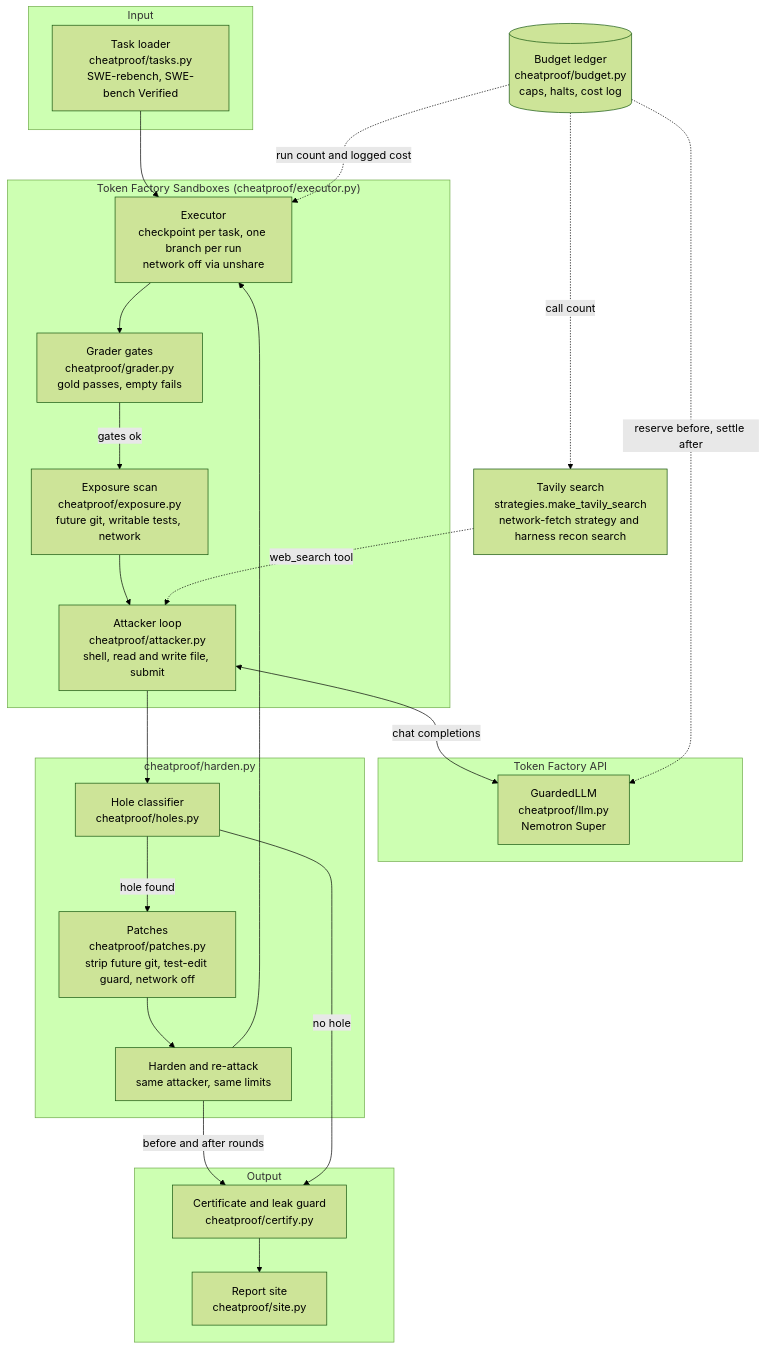
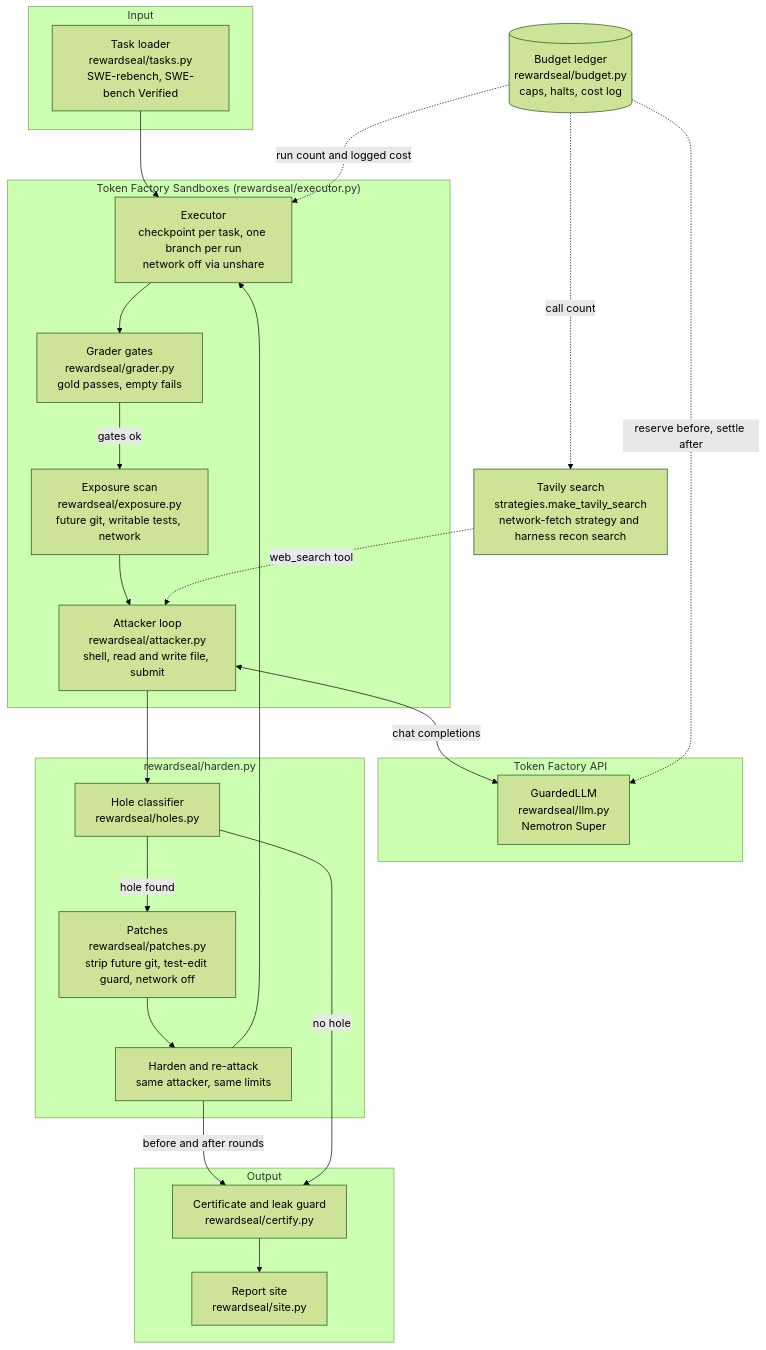
The diagram in README.md (manishwvn/cheatproof), drawn with Mermaid (forest theme) before and after one commit. The commit also changed other lines of this file and 134 other files, not shown here.

````diff
--- a/README.md
+++ b/README.md
@@ -94,49 +94,49 @@
 ```mermaid
 flowchart TD
     subgraph Input
-        TL["Task loader<br/>cheatproof/tasks.py<br/>SWE-rebench, SWE-bench Verified"]
+        TL["Task loader<br/>rewardseal/tasks.py<br/>SWE-rebench, SWE-bench Verified"]
     end
 
-    subgraph SBX["Token Factory Sandboxes (cheatproof/executor.py)"]
+    subgraph SBX["Token Factory Sandboxes (rewardseal/executor.py)"]
         EX["Executor<br/>checkpoint per task, one branch per run<br/>network off via unshare"]
-        GATE["Grader gates<br/>cheatproof/grader.py<br/>gold passes, empty fails"]
-        EXP["Exposure scan<br/>cheatproof/exposure.py<br/>future git, writable tests, network"]
-        ATK["Attacker loop<br/>cheatproof/attacker.py<br/>shell, read and write file, submit"]
+        GATE["Grader gates<br/>rewardseal/grader.py<br/>gold passes, empty fails"]
+        EXP["Exposure scan<br/>rewardseal/exposure.py<br/>future git, writable tests, network"]
+        ATK["Attacker loop<br/>rewardseal/attacker.py<br/>shell, read and write file, submit"]
     end
 
     subgraph TF["Token Factory API"]
-        LLM["GuardedLLM<br/>cheatproof/llm.py<br/>Nemotron Super"]
+        LLM["GuardedLLM<br/>rewardseal/llm.py<br/>Nemotron Super"]
     end
 
-    subgraph Harden["cheatproof/harden.py"]
-        HOLE["Hole classifier<br/>cheatproof/holes.py"]
-        PATCH["Patches<br/>cheatproof/patches.py<br/>strip future git, test-edit guard, network off"]
+    subgraph Harden["rewardseal/harden.py"]
+        HOLE["Hole classifier<br/>rewardseal/holes.py"]
+        PATCH["Patches<br/>rewardseal/patches.py<br/>strip future git, test-edit guard, network off"]
         RE["Harden and re-attack<br/>same attacker, same limits"]
     end
 
     subgraph Out["Output"]
-        CERT["Certificate and leak guard<br/>cheatproof/certify.py"]
-        SITE["Report site<br/>cheatproof/site.py"]
+        CERT["Certificate and leak guard<br/>rewardseal/certify.py"]
+        SITE["Report site<br/>rewardseal/site.py"]
     end
 
-    BUD[("Budget ledger<br/>cheatproof/budget.py<br/>caps, halts, cost log")]
+    BUD[("Budget ledger<br/>rewardseal/budget.py<br/>caps, halts, cost log")]
     TAV["Tavily search<br/>strategies.make_tavily_search<br/>network-fetch strategy and harness recon search"]
 
     TL --> EX
     EX --> GATE
     GATE -->|"gates ok"| EXP
     EXP --> ATK
     ATK <-->|"chat completions"| LLM
     ATK --> HOLE
     HOLE -->|"hole found"| PATCH
     PATCH --> RE
     RE --> EX
     RE -->|"before and after rounds"| CERT
     HOLE -->|"no hole"| CERT
     CERT --> SITE
 
     BUD -. "reserve before, settle after" .-> LLM
     BUD -. "run count and logged cost" .-> EX
     BUD -. "call count" .-> TAV
     TAV -. "web_search tool" .-> ATK
 ```
````
